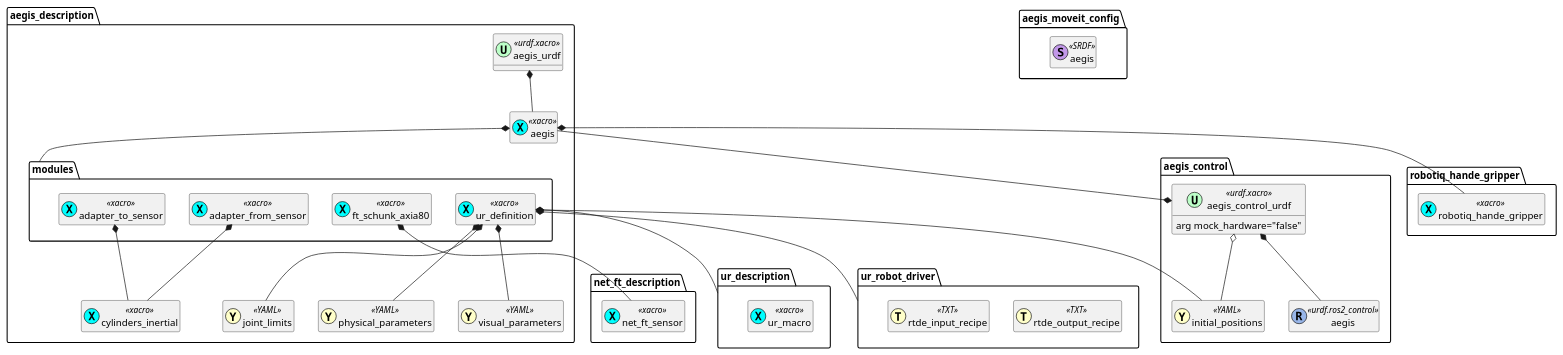
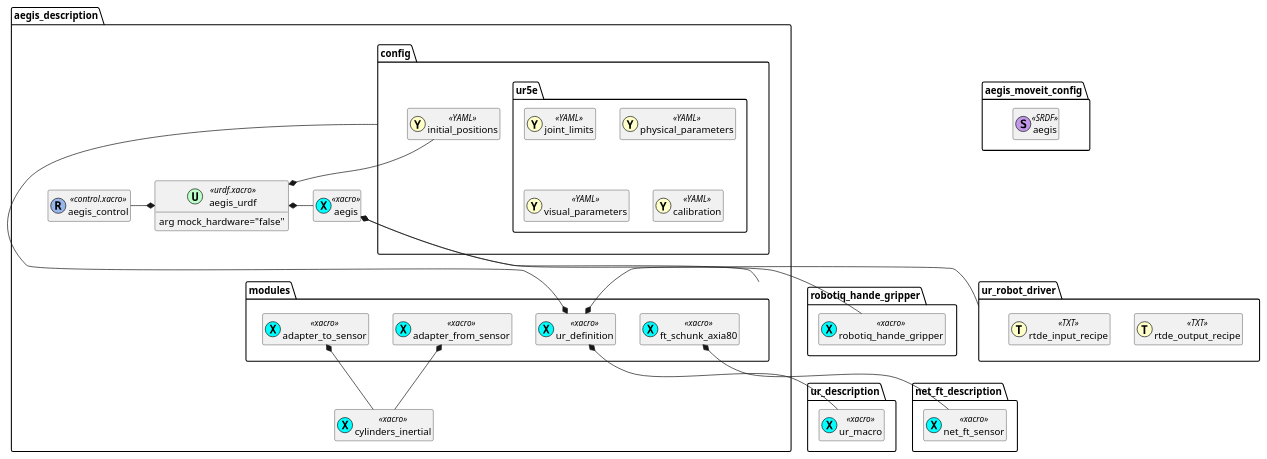
The diagram in aegis_description/README.md (AGH-CEAI/aegis_ros), drawn with PlantUML before and after one commit. The commit also changed other lines of this file and 2 other files, not shown here.

````diff
--- a/aegis_description/README.md
+++ b/aegis_description/README.md
@@ -24,73 +54,68 @@
 ```plantuml
 @startuml URDF diagram
 
-package aegis_control {
-    class aegis_control_urdf << (U,#bcffc8) urdf.xacro >> {
+package aegis_description {
+    class aegis_urdf << (U,#bcffc8) urdf.xacro >> {
         arg mock_hardware="false"
     }
-    class aegis << (R,#98b6e9) urdf.ros2_control >> {}
-    class initial_positions << (Y,#ffffc9) YAML >> {}
-}
-
-package aegis_description {
     class aegis << (X,cyan) xacro >> {}
-    class aegis_urdf << (U,#bcffc8) urdf.xacro >> {}
+    class aegis_control << (R,#98b6e9) control.xacro >> {}
     class cylinders_inertial << (X,cyan) xacro >> {}
 
     package modules {
-        class adapter_from_sensor << (X,cyan) xacro >> {}
+        class ur_definition << (X,cyan) xacro >> {}
         class adapter_to_sensor << (X,cyan) xacro >> {}
         class ft_schunk_axia80 << (X,cyan) xacro >> {}
-        class ur_definition << (X,cyan) xacro >> {}
+        class adapter_from_sensor << (X,cyan) xacro >> {}
     }
 
-    class joint_limits << (Y,#ffffc9) YAML >> {}
-    class physical_parameters << (Y,#ffffc9) YAML >> {}
-    class visual_parameters << (Y,#ffffc9) YAML >> {}
+    package config {
+        class initial_positions << (Y,#ffffc9) YAML >> {}
+        package ur5e {
+            class joint_limits << (Y,#ffffc9) YAML >> {}
+            class physical_parameters << (Y,#ffffc9) YAML >> {}
+            class visual_parameters << (Y,#ffffc9) YAML >> {}
+            class calibration << (Y,#ffffc9) YAML >> {}
+        }
+    }
 }
 
 package aegis_moveit_config {
     class aegis << (S,#c298e9) SRDF >> {}
 }
 
 package robotiq_hande_gripper {
     class robotiq_hande_gripper << (X,cyan) xacro >> {}
 }
 
 package net_ft_description {
     class net_ft_sensor << (X,cyan) xacro >> {}
 }
 
 package ur_description {
     class ur_macro << (X,cyan) xacro >> {}
 }
 
 package ur_robot_driver {
     class rtde_output_recipe << (T,#ffffc9) TXT >> {}
     class rtde_input_recipe << (T,#ffffc9) TXT >> {}
 }
 
 
-aegis_control.aegis_control_urdf *-- aegis_control.aegis
-aegis_control.aegis_control_urdf *-- aegis_description.aegis
-aegis_control.aegis_control_urdf o-- aegis_control.initial_positions
-
-aegis_description.aegis_urdf *-- aegis_description.aegis
+aegis_description.aegis_urdf *-left- aegis_description.aegis_control
+aegis_description.aegis_urdf *-right- aegis_description.aegis
+aegis_description.aegis_urdf *-up- aegis_description.config.initial_positions
 aegis_description.aegis *-- aegis_description.modules
 aegis_description.aegis *-- robotiq_hande_gripper.robotiq_hande_gripper
 
 aegis_description.modules.adapter_from_sensor *-- aegis_description.cylinders_inertial
 aegis_description.modules.adapter_to_sensor *-- aegis_description.cylinders_inertial
-aegis_description.modules.ft_schunk_axia80 *-- net_ft_description.net_ft_sensor
-aegis_description.modules.ur_definition *-- ur_description
-aegis_description.modules.ur_definition *-- ur_robot_driver
-aegis_description.modules.ur_definition *-- aegis_control.initial_positions
-aegis_description.modules.ur_definition *-- aegis_description.joint_limits
-aegis_description.modules.ur_definition *-- aegis_description.physical_parameters
-aegis_description.modules.ur_definition *-- aegis_description.visual_parameters
-
+aegis_description.modules.ft_schunk_axia80 *-down- net_ft_description.net_ft_sensor
+aegis_description.modules.ur_definition *-down- ur_description.ur_macro
+aegis_description.modules.ur_definition *-right- ur_robot_driver
+aegis_description.modules.ur_definition *-down- aegis_description.config
 
 hide members
 show << urdf.xacro >> fields
 @enduml
 ```
````
